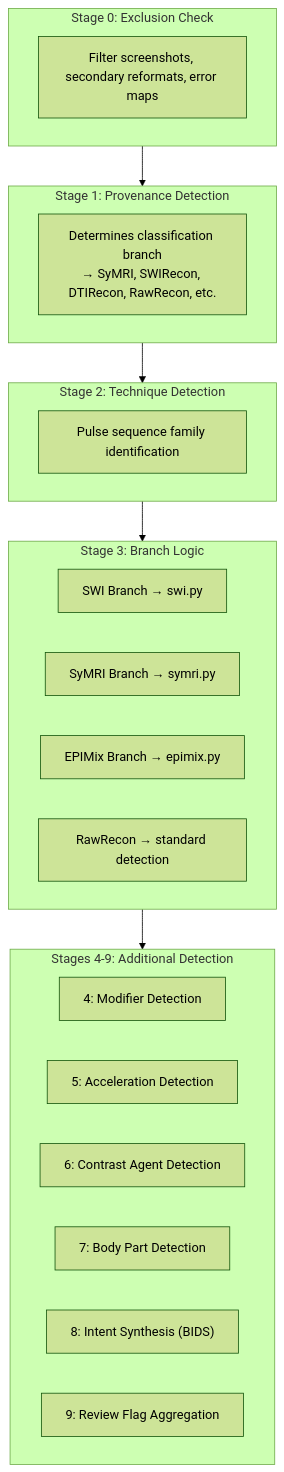
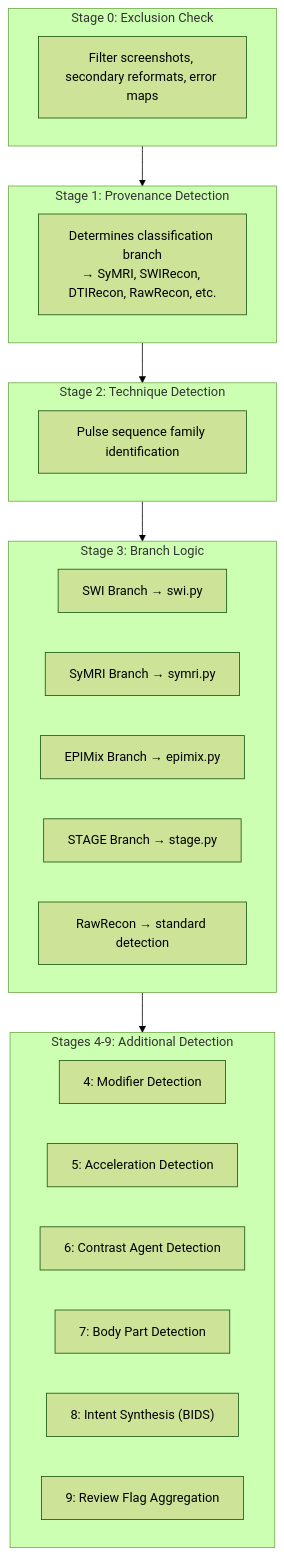
Before and after one commit to NeuroGranberg/NILS: the diagram in docs/classification/index.md, drawn with Mermaid (forest theme). The commit also changed other lines of this file and 26 other files, not shown here.

````diff
--- a/docs/classification/index.md
+++ b/docs/classification/index.md
@@ -113,35 +113,36 @@
 ```mermaid
 flowchart TB
     subgraph stage0["Stage 0: Exclusion Check"]
         s0["Filter screenshots, secondary reformats, error maps"]
     end
 
     subgraph stage1["Stage 1: Provenance Detection"]
         s1["Determines classification branch<br/>→ SyMRI, SWIRecon, DTIRecon, RawRecon, etc."]
     end
 
     subgraph stage2["Stage 2: Technique Detection"]
         s2["Pulse sequence family identification"]
     end
 
     subgraph stage3["Stage 3: Branch Logic"]
         s3a["SWI Branch → swi.py"]
         s3b["SyMRI Branch → symri.py"]
         s3c["EPIMix Branch → epimix.py"]
+        s3e["STAGE Branch → stage.py"]
         s3d["RawRecon → standard detection"]
     end
 
     subgraph stages49["Stages 4-9: Additional Detection"]
         s4["4: Modifier Detection"]
         s5["5: Acceleration Detection"]
         s6["6: Contrast Agent Detection"]
         s7["7: Body Part Detection"]
         s8["8: Intent Synthesis (BIDS)"]
         s9["9: Review Flag Aggregation"]
     end
 
     stage0 --> stage1
     stage1 --> stage2
     stage2 --> stage3
     stage3 --> stages49
 ```
````
